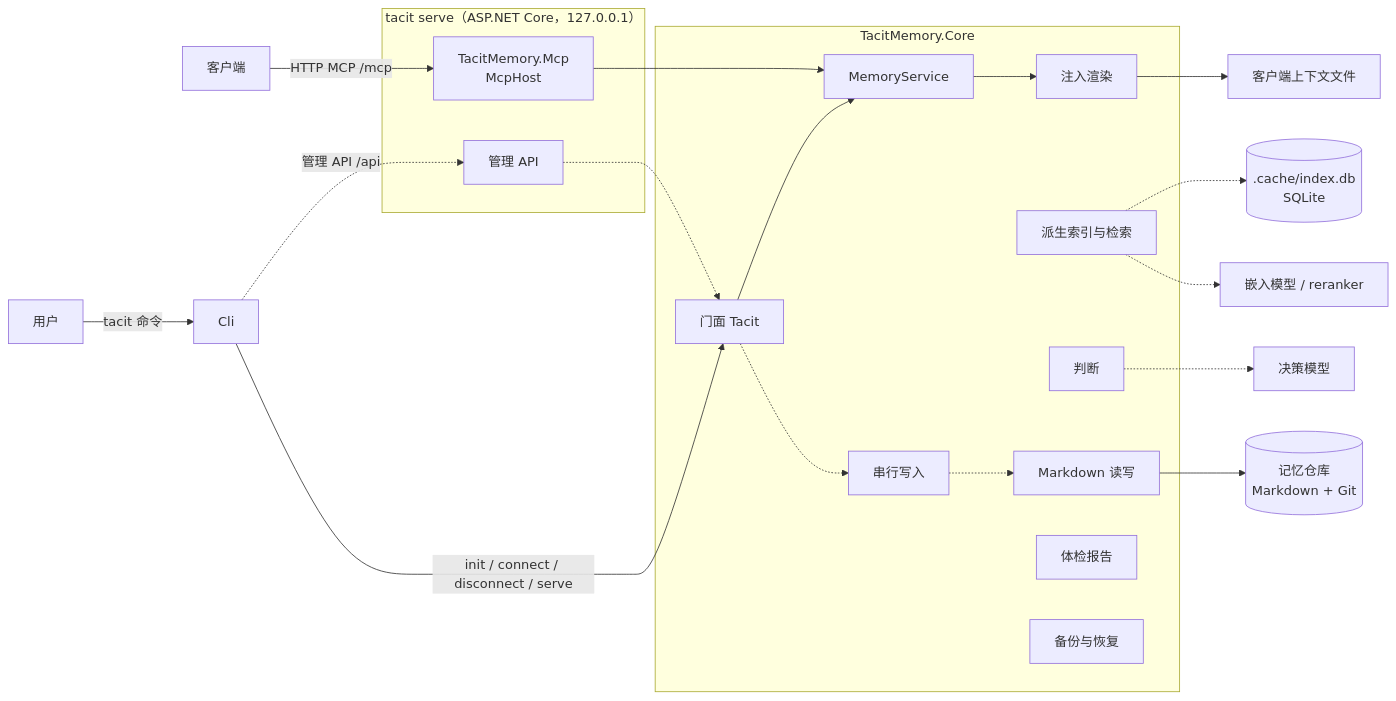
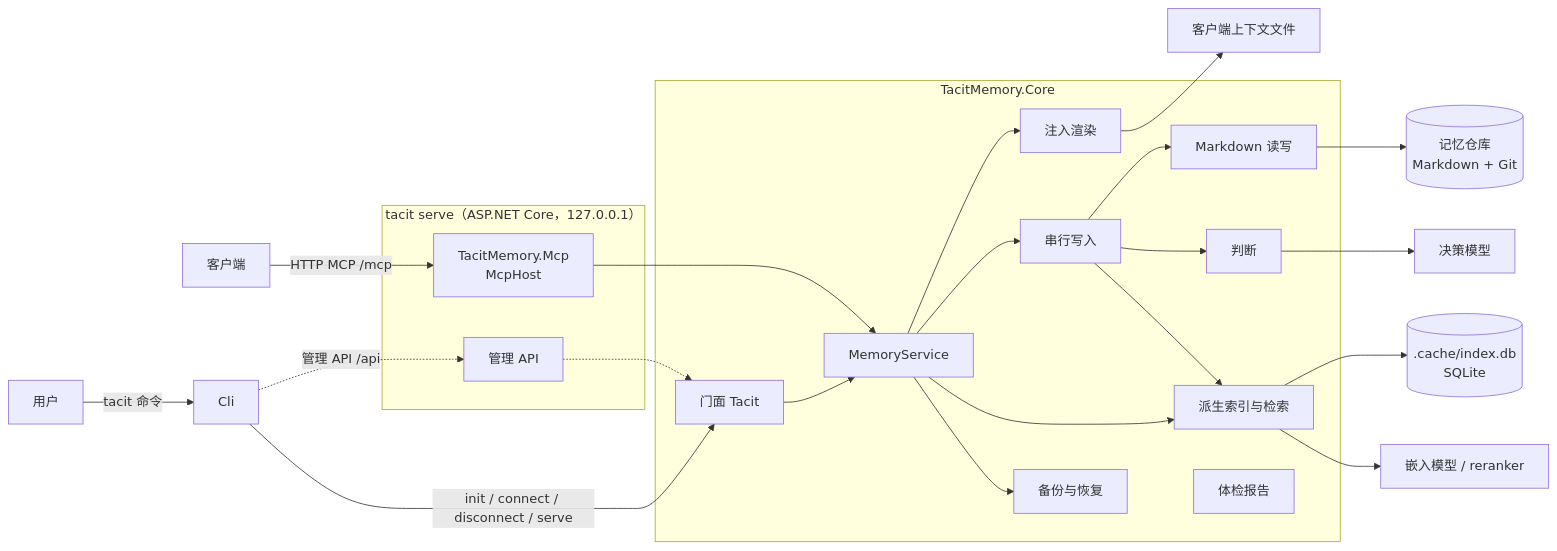
One commit to kearril/tacit-memory changed the diagram in docs/architecture.md. Above: the diagram before and after it, drawn with Mermaid. The commit also changed 1 other file, not shown here.

Commit message:
docs: update architecture diagram edges and consolidate testing coverage list

````diff
--- a/docs/architecture.md
+++ b/docs/architecture.md
@@ -11,33 +11,37 @@
 ```mermaid
 flowchart LR
     Client[客户端] -->|HTTP MCP /mcp| Mcp
     User[用户] -->|tacit 命令| Cli
     Cli -.->|管理 API /api| Admin
     subgraph Host["tacit serve（ASP.NET Core，127.0.0.1）"]
         Mcp[TacitMemory.Mcp<br>McpHost]
         Admin[管理 API]
     end
     Cli -->|init / connect / disconnect / serve| Facade
     Mcp --> Service
     Admin -.-> Facade
     subgraph Core["TacitMemory.Core"]
         Facade[门面 Tacit]
         Service[MemoryService]
         Writer[串行写入]
         Store[Markdown 读写]
         Index[派生索引与检索]
         Judge[判断]
         Inject[注入渲染]
         Checkup[体检报告]
         Backup[备份与恢复]
     end
     Facade --> Service
     Service --> Inject
-    Facade -.-> Writer
-    Writer -.-> Store
+    Service --> Writer
+    Service --> Index
+    Service --> Backup
+    Writer --> Store
+    Writer --> Judge
+    Writer --> Index
     Store --> Repo[(记忆仓库<br>Markdown + Git)]
-    Index -.-> Db[(.cache/index.db<br>SQLite)]
-    Index -.-> Aux[嵌入模型 / reranker]
-    Judge -.-> Decision[决策模型]
+    Index --> Db[(.cache/index.db<br>SQLite)]
+    Index --> Aux[嵌入模型 / reranker]
+    Judge --> Decision[决策模型]
     Inject --> Files[客户端上下文文件]
 ```
````
